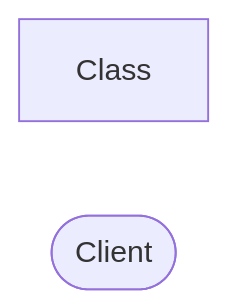
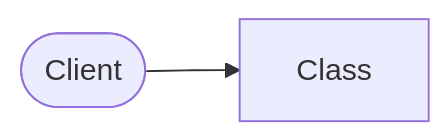
The diagram in mermade/untitled.md (saiphanindra1010/arch_diagram_demo), drawn with Mermaid before and after one commit.

Commit message:
mermade: save Untitled

````diff
--- a/mermade/untitled.md
+++ b/mermade/untitled.md
@@ -3,6 +3,7 @@
 ```mermaid
 flowchart LR
   n2[Class]
   n3([Client])
-%% mermade:{"v":1,"diagramType":"architecture","nodes":{"n2":{"x":-43.71149553571432,"y":-165.61216517857142,"w":220,"h":70,"kind":"class","members":[]},"n3":{"x":-9.060267857142883,"y":31.292410714285737,"w":140,"h":72,"kind":"client"}},"groups":{},"edges":{}}
+  n3 --> n2
+%% mermade:{"v":1,"diagramType":"architecture","nodes":{"n2":{"x":-43.71149553571432,"y":-165.61216517857142,"w":220,"h":70,"kind":"class","members":[]},"n3":{"x":-9.060267857142883,"y":31.292410714285737,"w":140,"h":72,"kind":"client"}},"groups":{},"edges":{"e1":{"relation":"assoc","label":""}}}
 ```
````
